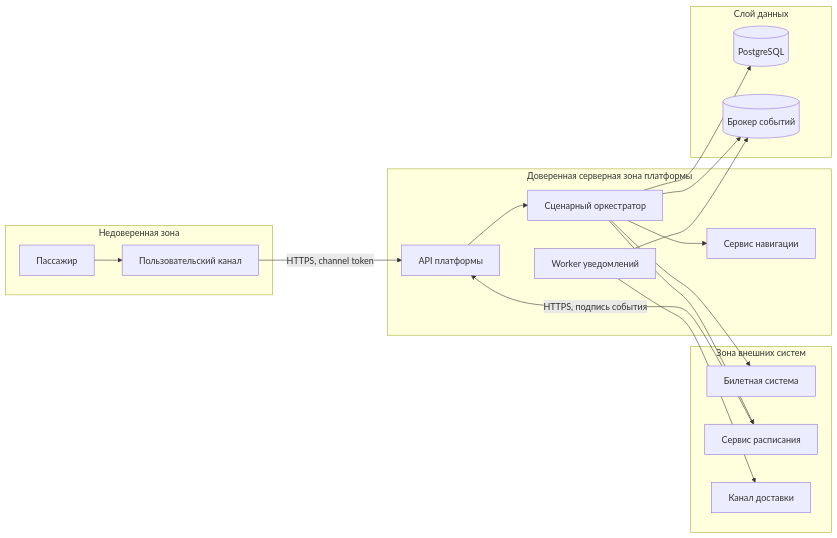
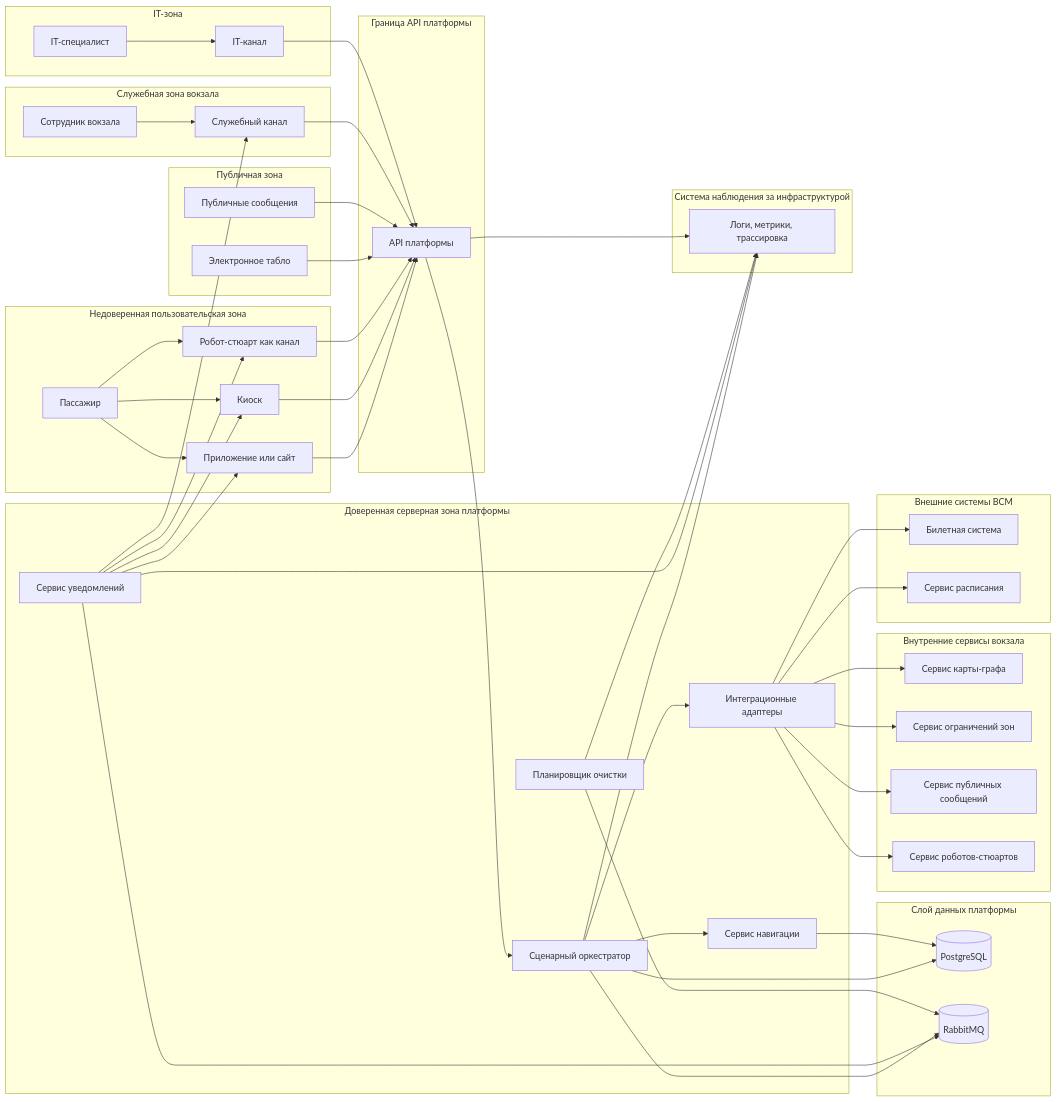
One commit to FlashgoKless/CW-for-dissertation changed the diagram in 10-безопасность.md. Above: the diagram before and after it, drawn with Mermaid. The commit also changed other lines of this file and 2 other files, not shown here.

Commit message:
docs: finalize architecture documentation sections

````diff
--- a/10-безопасность.md
+++ b/10-безопасность.md
@@ -26,37 +39,92 @@
 ```mermaid
 flowchart LR
-    subgraph Public[Недоверенная зона]
-        Passenger[Пассажир]
-        Channel[Пользовательский канал]
+    subgraph PublicUser["Недоверенная пользовательская зона"]
+        Passenger["Пассажир"]
+        App["Приложение или сайт"]
+        Kiosk["Киоск"]
+        Robot["Робот-стюарт как канал"]
     end
 
-    subgraph Partner[Зона внешних систем]
-        Ticket[Билетная система]
-        Schedule[Сервис расписания]
-        Delivery[Канал доставки]
+    subgraph PublicDisplay["Публичная зона"]
+        Board["Электронное табло"]
+        PublicMessages["Публичные сообщения"]
     end
 
-    subgraph Backend[Доверенная серверная зона платформы]
-        API[API платформы]
-        Orchestrator[Сценарный оркестратор]
-        Worker[Worker уведомлений]
-        Navigation[Сервис навигации]
+    subgraph StaffZone["Служебная зона вокзала"]
+        Staff["Сотрудник вокзала"]
+        ServiceUi["Служебный канал"]
     end
 
-    subgraph Storage[Слой данных]
-        DB[(PostgreSQL)]
-        Queue[(Брокер событий)]
+    subgraph ItZone["IT-зона"]
+        ItUser["IT-специалист"]
+        AdminUi["IT-канал"]
     end
 
-    Passenger --> Channel
-    Channel -->|HTTPS, channel token| API
-    Schedule -->|HTTPS, подпись события| API
+    subgraph PlatformApi["Граница API платформы"]
+        API["API платформы"]
+    end
+
+    subgraph Backend["Доверенная серверная зона платформы"]
+        Orchestrator["Сценарный оркестратор"]
+        Navigation["Сервис навигации"]
+        Adapters["Интеграционные адаптеры"]
+        Notification["Сервис уведомлений"]
+        Cleanup["Планировщик очистки"]
+    end
+
+    subgraph DataLayer["Слой данных платформы"]
+        DB[("PostgreSQL")]
+        Queue[("RabbitMQ")]
+    end
+
+    subgraph ExternalVsm["Внешние системы ВСМ"]
+        Ticket["Билетная система"]
+        Schedule["Сервис расписания"]
+    end
+
+    subgraph StationServices["Внутренние сервисы вокзала"]
+        MapService["Сервис карты-графа"]
+        ZoneService["Сервис ограничений зон"]
+        PublicMessageService["Сервис публичных сообщений"]
+        RobotService["Сервис роботов-стюартов"]
+    end
+
+    subgraph ObservationZone["Система наблюдения за инфраструктурой"]
+        Observation["Логи, метрики, трассировка"]
+    end
+
+    Passenger --> App
+    Passenger --> Kiosk
+    Passenger --> Robot
+    App --> API
+    Kiosk --> API
+    Robot --> API
+    Board --> API
+    PublicMessages --> API
+    Staff --> ServiceUi
+    ServiceUi --> API
+    ItUser --> AdminUi
+    AdminUi --> API
     API --> Orchestrator
     Orchestrator --> Navigation
+    Orchestrator --> Adapters
     Orchestrator --> DB
+    Navigation --> DB
     Orchestrator --> Queue
-    Worker --> Queue
-    Worker --> Delivery
-    Orchestrator --> Ticket
-    Orchestrator --> Schedule
+    Notification --> Queue
+    Cleanup --> Queue
+    Notification --> App
+    Notification --> Kiosk
+    Notification --> Robot
+    Notification --> ServiceUi
+    Adapters --> Ticket
+    Adapters --> Schedule
+    Adapters --> MapService
+    Adapters --> ZoneService
+    Adapters --> PublicMessageService
+    Adapters --> RobotService
+    API --> Observation
+    Orchestrator --> Observation
+    Notification --> Observation
+    Cleanup --> Observation
 ```
````
